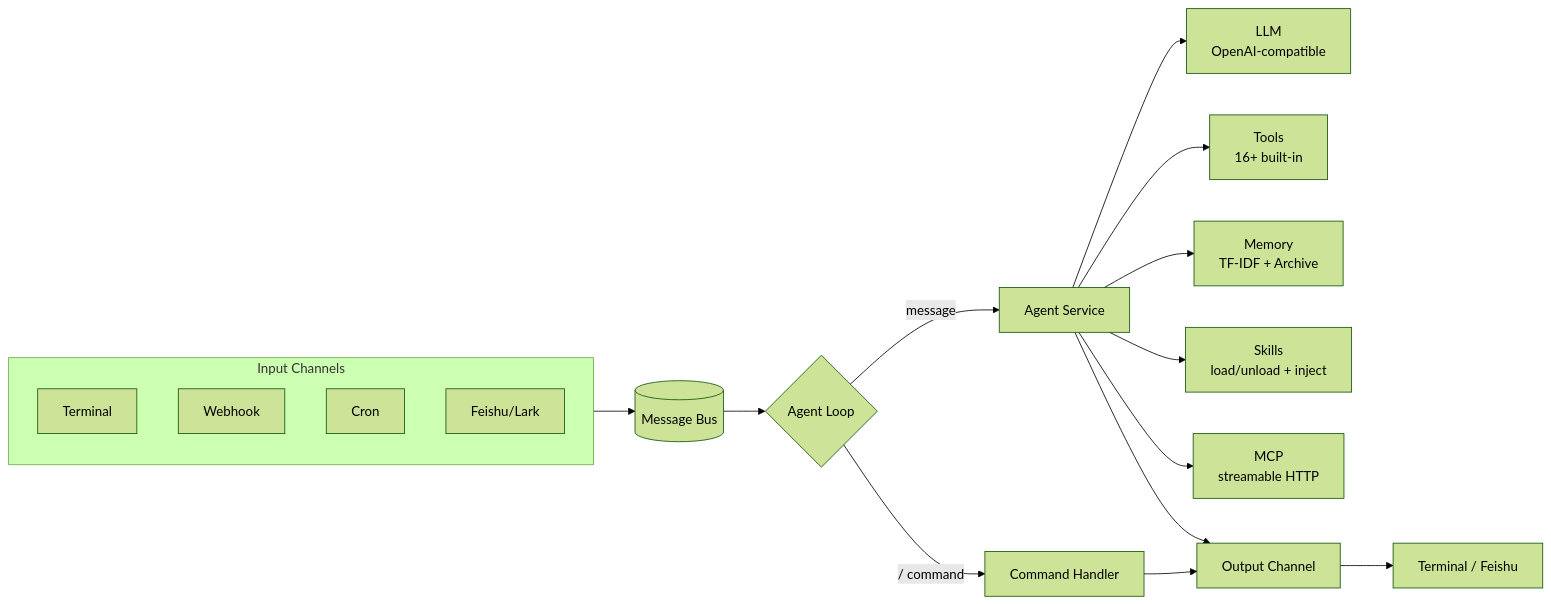
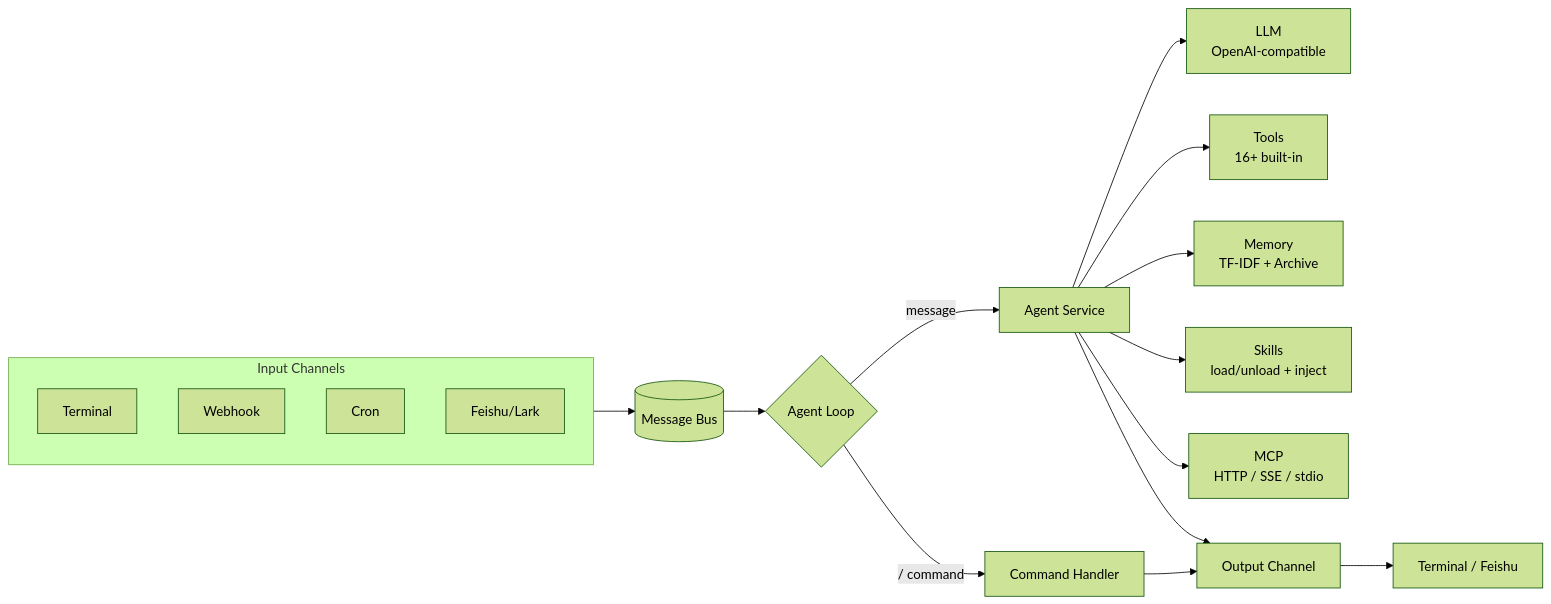
The diagram in README.md (nl8590687/lemonclaw), drawn with Mermaid (forest theme) before and after one commit. The commit also changed other lines of this file and 11 other files, not shown here.

````diff
--- a/README.md
+++ b/README.md
@@ -34,21 +34,21 @@
 ```mermaid
 flowchart LR
     subgraph Inputs[Input Channels]
         T[Terminal]
         W[Webhook]
         C[Cron]
         F[Feishu/Lark]
     end
     Inputs --> Bus[(Message Bus)]
     Bus --> Loop{Agent Loop}
     Loop -->|"/" command| Cmd[Command Handler]
     Loop -->|message| Agent[Agent Service]
     Agent --> LLM[LLM<br/>OpenAI-compatible]
     Agent --> Tools[Tools<br/>16+ built-in]
     Agent --> Mem[Memory<br/>TF-IDF + Archive]
     Agent --> Skills[Skills<br/>load/unload + inject]
-    Agent --> MCP[MCP<br/>streamable HTTP]
+    Agent --> MCP[MCP<br/>HTTP / SSE / stdio]
     Agent --> Out[Output Channel]
     Cmd --> Out
     Out --> Resp[Terminal / Feishu]
 ```
````
